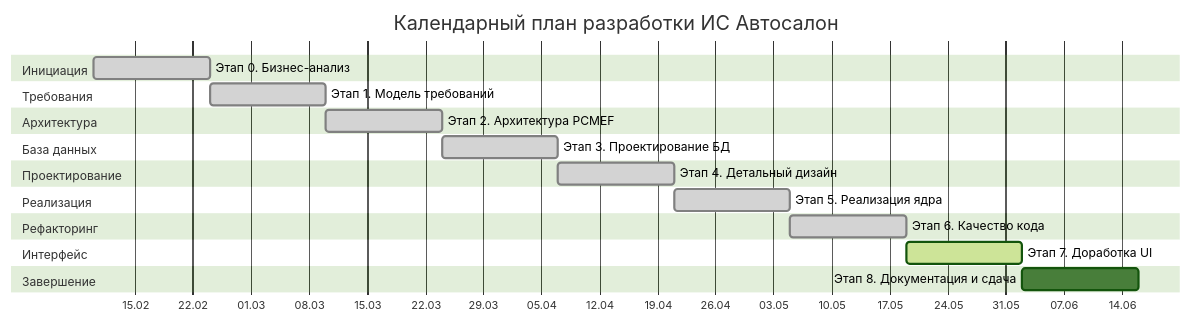
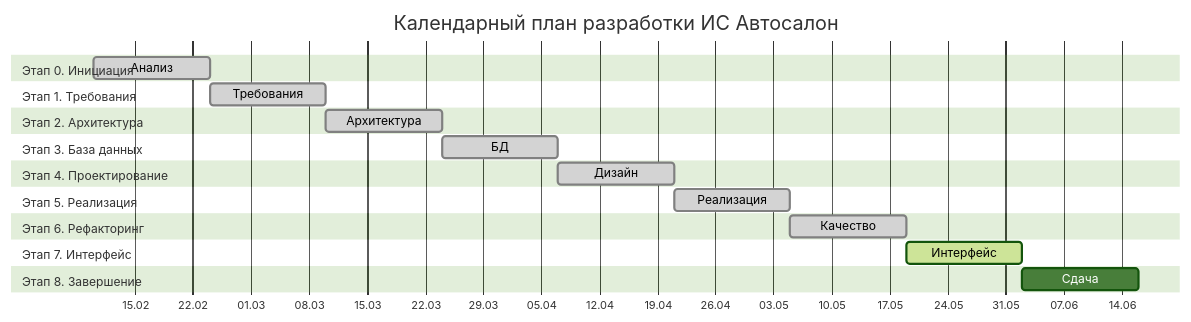
Before and after one commit to Abu9541/course-project-Abu-Dondaev: the diagram in docs/07-management/gantt-chart.md, drawn with Mermaid (forest theme).

Commit message:
Документация: упорядочены подписи диаграммы Ганта (этап — в секции слева, короткие подписи задач, убран today-маркер)

````diff
--- a/docs/07-management/gantt-chart.md
+++ b/docs/07-management/gantt-chart.md
@@ -6,25 +6,26 @@
 ```mermaid
 gantt
     title Календарный план разработки ИС Автосалон
     dateFormat YYYY-MM-DD
     axisFormat %d.%m
+    todayMarker off
 
-    section Инициация
-    Этап 0. Бизнес-анализ        :done, e0, 2026-02-10, 14d
-    section Требования
-    Этап 1. Модель требований    :done, e1, after e0, 14d
-    section Архитектура
-    Этап 2. Архитектура PCMEF    :done, e2, after e1, 14d
-    section База данных
-    Этап 3. Проектирование БД    :done, e3, after e2, 14d
-    section Проектирование
-    Этап 4. Детальный дизайн     :done, e4, after e3, 14d
-    section Реализация
-    Этап 5. Реализация ядра      :done, e5, after e4, 14d
-    section Рефакторинг
-    Этап 6. Качество кода        :done, e6, after e5, 14d
-    section Интерфейс
-    Этап 7. Доработка UI         :active, e7, after e6, 14d
-    section Завершение
-    Этап 8. Документация и сдача :e8, after e7, 14d
+    section Этап 0. Инициация
+    Анализ        :done, e0, 2026-02-10, 14d
+    section Этап 1. Требования
+    Требования    :done, e1, after e0, 14d
+    section Этап 2. Архитектура
+    Архитектура   :done, e2, after e1, 14d
+    section Этап 3. База данных
+    БД            :done, e3, after e2, 14d
+    section Этап 4. Проектирование
+    Дизайн        :done, e4, after e3, 14d
+    section Этап 5. Реализация
+    Реализация    :done, e5, after e4, 14d
+    section Этап 6. Рефакторинг
+    Качество      :done, e6, after e5, 14d
+    section Этап 7. Интерфейс
+    Интерфейс     :active, e7, after e6, 14d
+    section Этап 8. Завершение
+    Сдача         :e8, after e7, 14d
 ```
````
